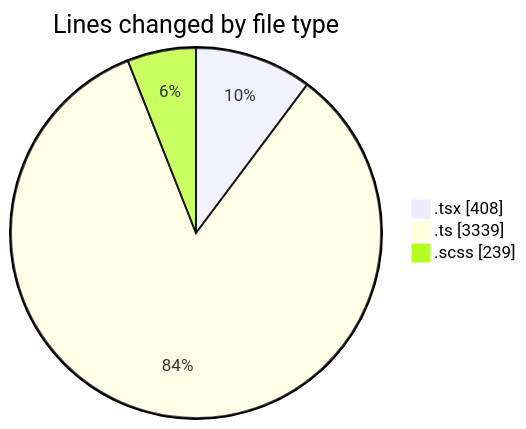
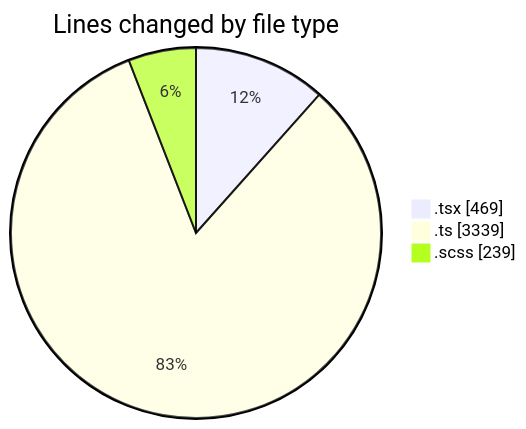
The first of 2 diagrams in 2025-09-17/cda/README.md (momahboobian/code-tracking), drawn with Mermaid before and after one commit. The commit also changed other lines of this file and 1 other file, not shown here.

````diff
--- a/2025-09-17/cda/README.md
+++ b/2025-09-17/cda/README.md
@@ -24,7 +25,7 @@
 ```mermaid
 pie showData
 title Lines changed by file type
-".tsx" : 408
+".tsx" : 469
 ".ts" : 3339
 ".scss" : 239
 ```
````
